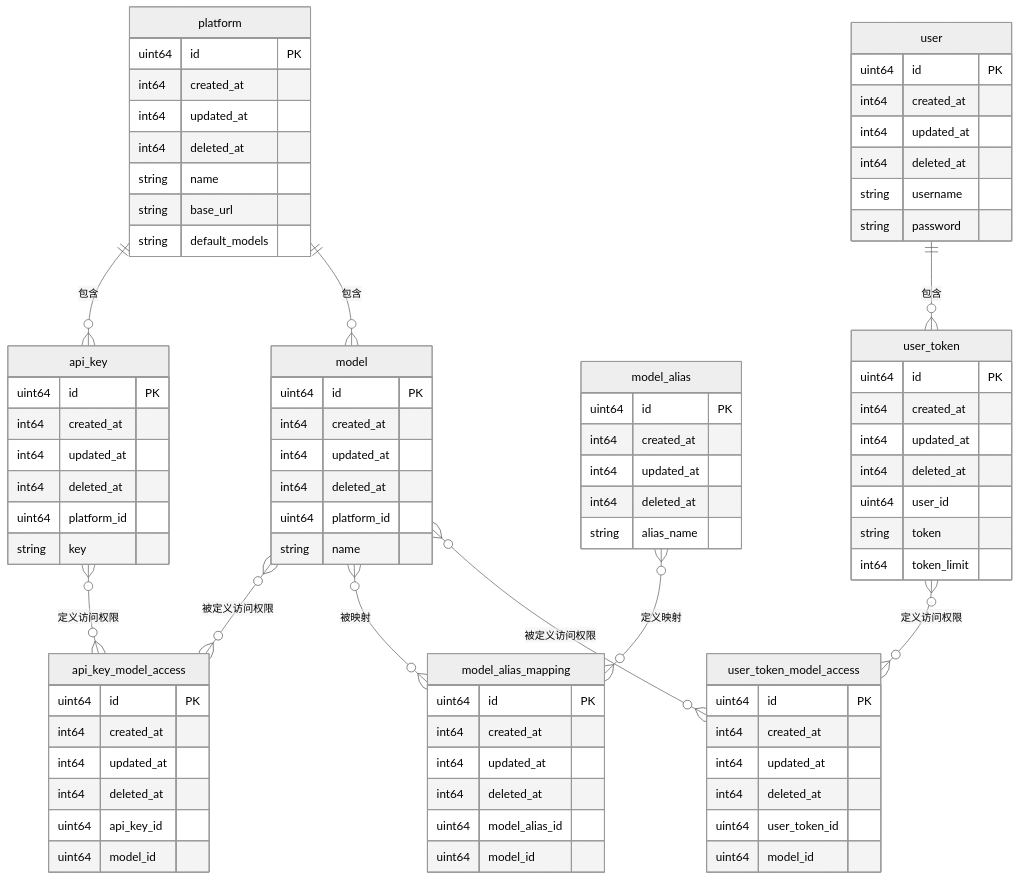
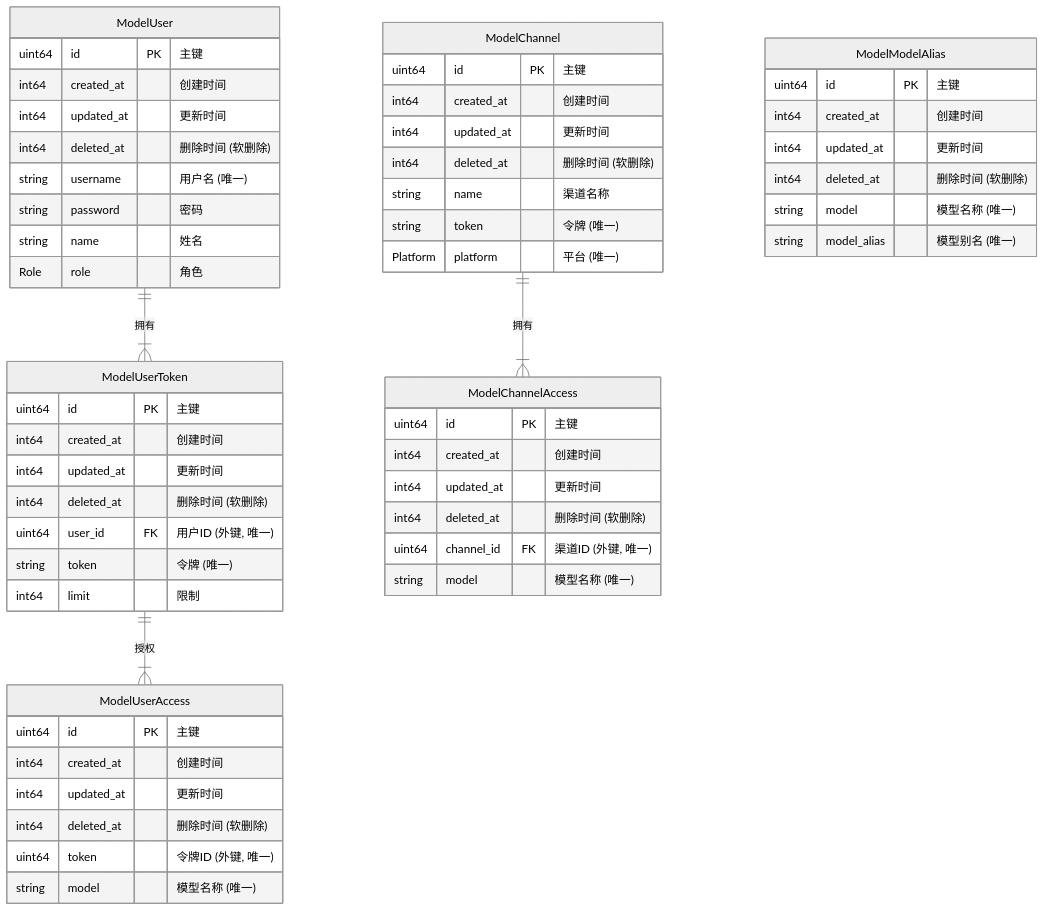
One commit to lazygophers/aiload changed the diagram in docs/database.md. Above: the diagram before and after it, drawn with Mermaid (neutral theme). The commit also changed other lines of this file and 2 other files, not shown here.

Commit message:
docs(database): 更新数据库设计文档- 重构了数据库模型，简化了实体关系 - 添加了 Mermaid ERD 关系图，清晰展示数据模型结构 - 采用了 Protobuf Message 格式详细定义字段 - 优化了文档结构，提高了可读性和易维护性

````diff
--- a/docs/database.md
+++ b/docs/database.md
@@ -7,97 +9,64 @@
 ```mermaid
 erDiagram
-    platform {
-        uint64 id PK
-        int64 created_at
-        int64 updated_at
-        int64 deleted_at
-        string name
-        string base_url
-        string default_models
+    ModelUser {
+        uint64 id PK "主键"
+        int64 created_at "创建时间"
+        int64 updated_at "更新时间"
+        int64 deleted_at "删除时间 (软删除)"
+        string username "用户名 (唯一)"
+        string password "密码"
+        string name "姓名"
+        Role role "角色"
     }
 
-    api_key {
-        uint64 id PK
-        int64 created_at
-        int64 updated_at
-        int64 deleted_at
-        uint64 platform_id
-        string key
+    ModelUserToken {
+        uint64 id PK "主键"
+        int64 created_at "创建时间"
+        int64 updated_at "更新时间"
+        int64 deleted_at "删除时间 (软删除)"
+        uint64 user_id FK "用户ID (外键, 唯一)"
+        string token "令牌 (唯一)"
+        int64 limit "限制"
     }
 
-    model {
-        uint64 id PK
-        int64 created_at
-        int64 updated_at
-        int64 deleted_at
-        uint64 platform_id
-        string name
+    ModelUserAccess {
+        uint64 id PK "主键"
+        int64 created_at "创建时间"
+        int64 updated_at "更新时间"
+        int64 deleted_at "删除时间 (软删除)"
+        uint64 token "令牌ID (外键, 唯一)"
+        string model "模型名称 (唯一)"
     }
 
-    model_alias {
-        uint64 id PK
-        int64 created_at
-        int64 updated_at
-        int64 deleted_at
-        string alias_name
+    ModelChannel {
+        uint64 id PK "主键"
+        int64 created_at "创建时间"
+        int64 updated_at "更新时间"
+        int64 deleted_at "删除时间 (软删除)"
+        string name "渠道名称"
+        string token "令牌 (唯一)"
+        Platform platform "平台 (唯一)"
     }
 
-    user {
-        uint64 id PK
-        int64 created_at
-        int64 updated_at
-        int64 deleted_at
-        string username
-        string password
+    ModelChannelAccess {
+        uint64 id PK "主键"
+        int64 created_at "创建时间"
+        int64 updated_at "更新时间"
+        int64 deleted_at "删除时间 (软删除)"
+        uint64 channel_id FK "渠道ID (外键, 唯一)"
+        string model "模型名称 (唯一)"
     }
 
-    user_token {
-        uint64 id PK
-        int64 created_at
-        int64 updated_at
-        int64 deleted_at
-        uint64 user_id
-        string token
-        int64 token_limit
+    ModelModelAlias {
+        uint64 id PK "主键"
+        int64 created_at "创建时间"
+        int64 updated_at "更新时间"
+        int64 deleted_at "删除时间 (软删除)"
+        string model "模型名称 (唯一)"
+        string model_alias "模型别名 (唯一)"
     }
 
-    api_key_model_access {
-        uint64 id PK
-        int64 created_at
-        int64 updated_at
-        int64 deleted_at
-        uint64 api_key_id
-        uint64 model_id
-    }
-
-    model_alias_mapping {
-        uint64 id PK
-        int64 created_at
-        int64 updated_at
-        int64 deleted_at
-        uint64 model_alias_id
-        uint64 model_id
-    }
-
-    user_token_model_access {
-        uint64 id PK
-        int64 created_at
-        int64 updated_at
-        int64 deleted_at
-        uint64 user_token_id
-        uint64 model_id
-    }
-
-    platform ||--o{ api_key : "包含"
-    platform ||--o{ model : "包含"
-    user ||--o{ user_token : "包含"
-
-    api_key }o--o{ api_key_model_access : "定义访问权限"
-    model }o--o{ api_key_model_access : "被定义访问权限"
-
-    model_alias }o--o{ model_alias_mapping : "定义映射"
-    model }o--o{ model_alias_mapping : "被映射"
-
-    user_token }o--o{ user_token_model_access : "定义访问权限"
-    model }o--o{ user_token_model_access : "被定义访问权限"
+    ModelUser         ||--|{ ModelUserToken : "拥有"
+    ModelUserToken    ||--|{ ModelUserAccess : "授权"
+    ModelChannel      ||--|{ ModelChannelAccess : "拥有"
 ```
````
